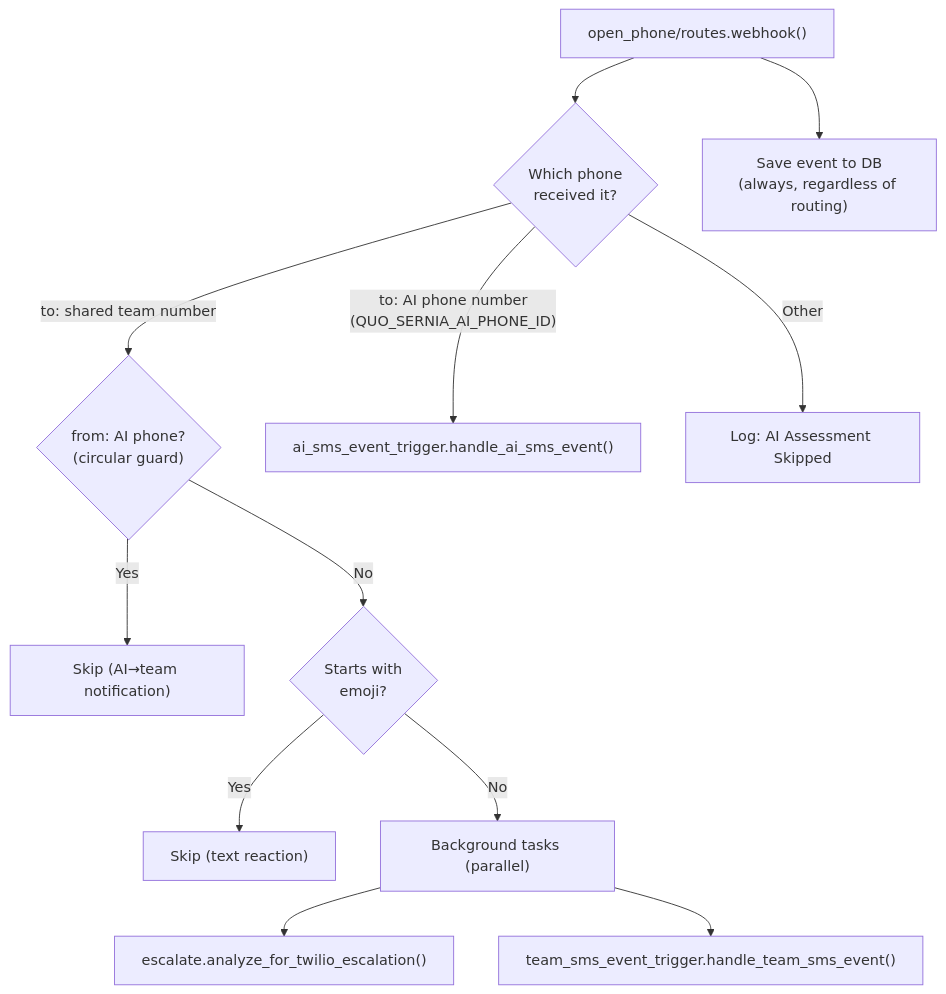
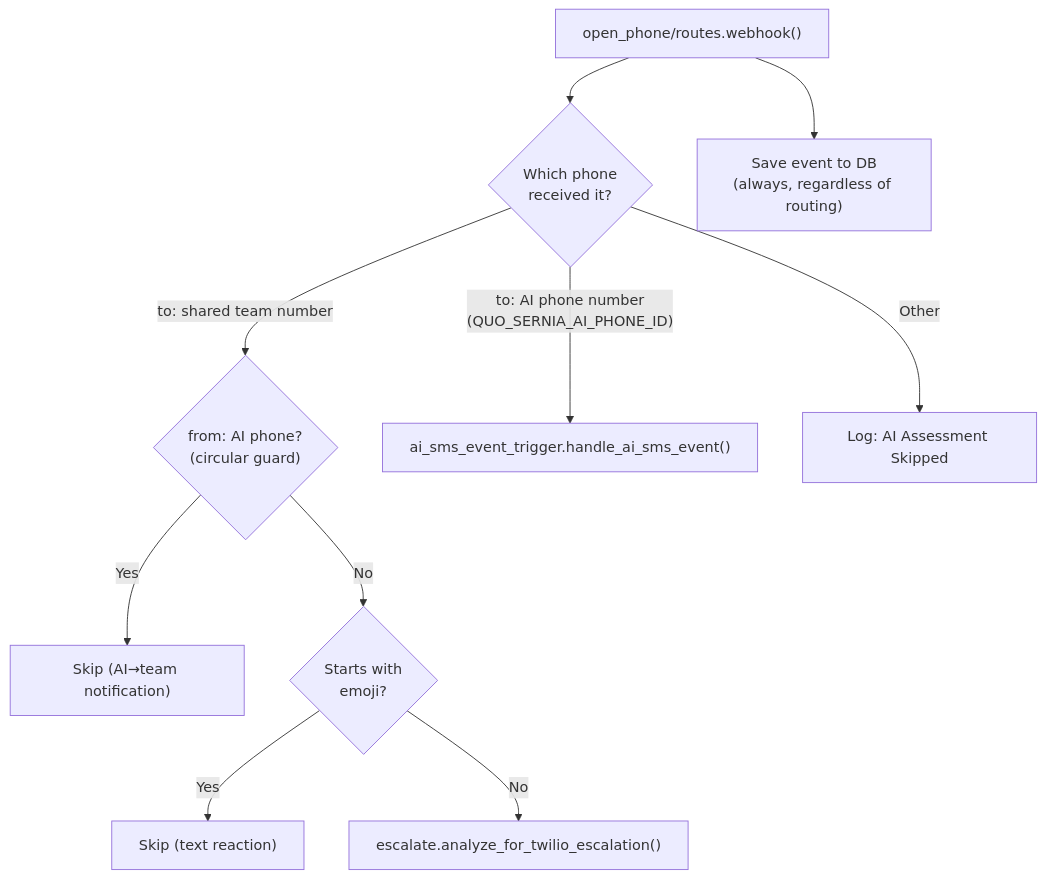
The first of 4 diagrams in api/src/sernia_ai/triggers/README.md (EmilioEsposito/portfolio), drawn with Mermaid before and after one commit. The commit also changed other lines of this file and 9 other files, not shown here.

First line of the commit message:
Remove team SMS event trigger and update related documentation

````diff
--- a/api/src/sernia_ai/triggers/README.md
+++ b/api/src/sernia_ai/triggers/README.md
@@ -16,18 +18,16 @@
 ```mermaid
 flowchart TD
     WH["open_phone/routes.webhook()"] --> CHECK{Which phone<br/>received it?}
 
     CHECK -->|"to: shared team number"| CIRC{"from: AI phone?<br/>(circular guard)"}
     CIRC -->|Yes| SKIP_C["Skip (AI→team notification)"]
     CIRC -->|No| EMOJI{"Starts with<br/>emoji?"}
     EMOJI -->|Yes| SKIP["Skip (text reaction)"]
-    EMOJI -->|No| PAR["Background tasks (parallel)"]
-    PAR --> TWILIO["escalate.analyze_for_twilio_escalation()"]
-    PAR --> SMS_T["team_sms_event_trigger.handle_team_sms_event()"]
+    EMOJI -->|No| TWILIO["escalate.analyze_for_twilio_escalation()"]
 
     CHECK -->|"to: AI phone number<br/>(QUO_SERNIA_AI_PHONE_ID)"| AI_SMS["ai_sms_event_trigger.handle_ai_sms_event()"]
 
     CHECK -->|"Other"| LOG["Log: AI Assessment Skipped"]
 
     WH --> DB["Save event to DB<br/>(always, regardless of routing)"]
 ```
````
